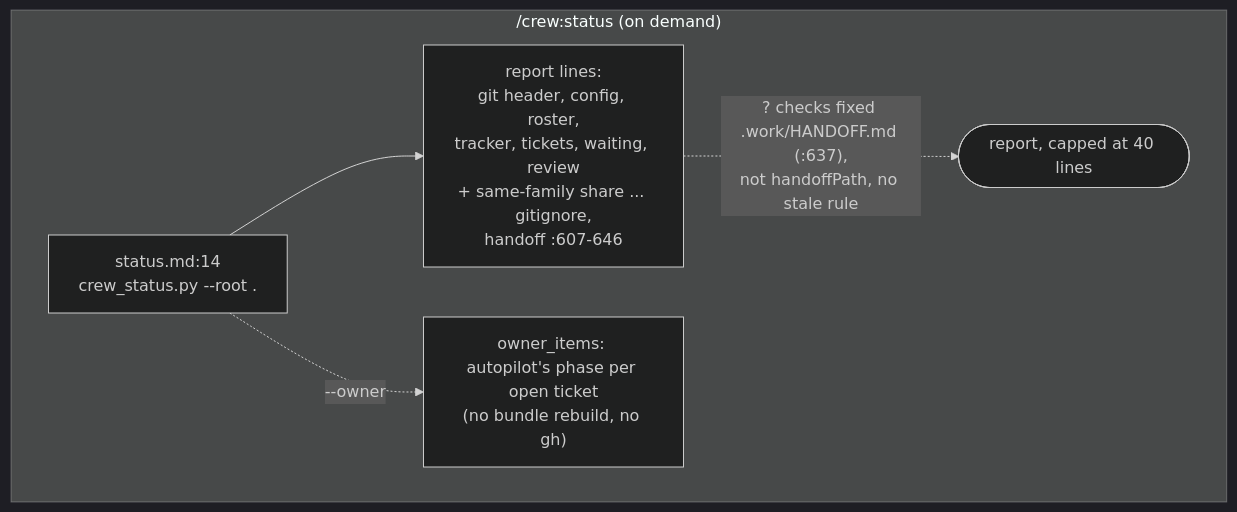
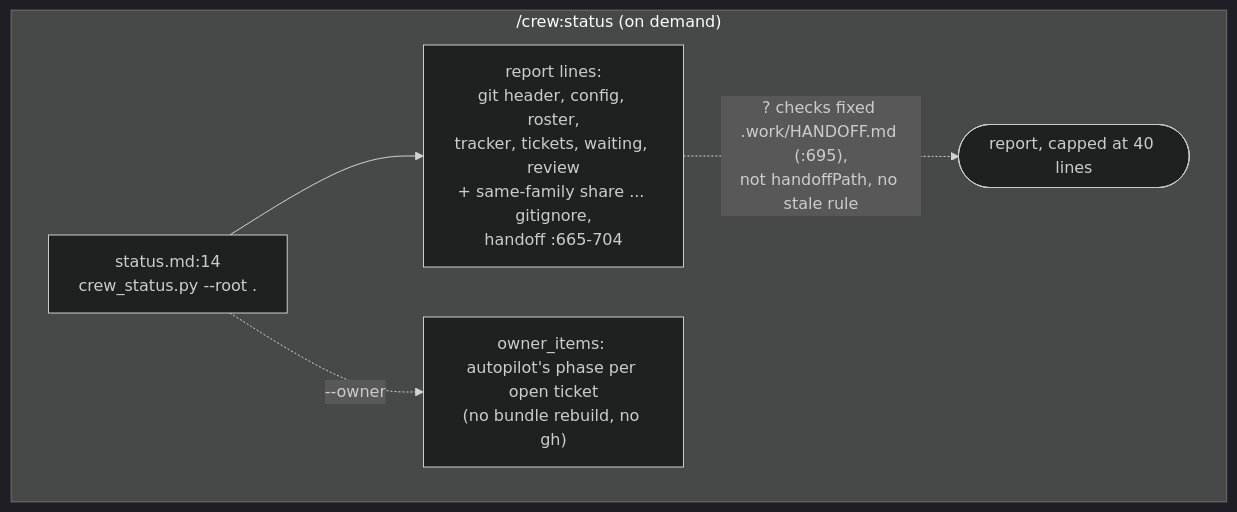
The diagram in docs/diagrams/process-crew-brief-status.mmd (mbadali25/useful-claude-add-ons), drawn with Mermaid (dark theme) before and after one commit. The commit also changed 11 other files, not shown here.

First line of the commit message:
L-0713 follow-up: refresh the diagrams /crew:done named stale

```diff
--- a/docs/diagrams/process-crew-brief-status.mmd
+++ b/docs/diagrams/process-crew-brief-status.mmd
@@ -1,27 +1,33 @@
-%% Generated from useful-claude-add-ons@e6c5ae24 on 2026-10-04, re-anchored on L-0712-cross-family-fallback 2026-10-08 (L-0712). Verify before trusting.
+%% Generated from useful-claude-add-ons@f9ed7ddd on 2026-10-04, re-anchored 2026-10-09 (L-0713 follow-up refresh). Verify before trusting.
 %% Anchors: plugin/crew/commands/status.md, plugin/crew/hooks/scripts/crew_status.py, plugin/crew/hooks/scripts/crew_tracker.py, plugin/crew/hooks/scripts/crew_autopilot_owner.py
 %% Purpose: What /crew:status reads when run on demand, and the one place it differs from the SessionStart hooks: it checks a fixed handoff path and applies no stale rule.
 %% Part of process-crew-brief.mmd (the overview, which keeps the re-anchoring history).
 %% Re-anchored a54ca704 -> 5cdfb775 (T-0039): crew_status.py gained the `gitignore` line after codemap
 %%    (crew_gitignore.summary, read-only); collect() moved :211-240 -> :224-254 and the HANDOFF check
 %%    :231 -> :245 (re-read with grep -n). status.md:14 holds.
 %% Re-anchored for L-0551 / L-0687: collect() is now crew_status.py:514-550, the HANDOFF check :541;
 %%    the `waiting` line (:528) is crew_autopilot_owner.owner_items, autopilot's own phase read
 %%    (policy=False, deep=False: no bundle rebuild, no gh), and `--owner` lists it (owner_lines).
 %% Re-anchored 5cdfb775 -> e6c5ae24 (L-0712): _review_lines (:172) reads EVERY ledger for the
 %%    same-family share and prints `review   same-family: N of M completed rounds (P%)` after the
 %%    newest three ledgers' lines; same_family_round decides a row. collect() is now :607-646, the
 %%    waiting line :621, the review lines :622, the HANDOFF check :637 (re-read with grep -n).
-%% /crew:status: commands/status.md:14 -> crew_status.py; :607-646 report lines.
-%% /crew:status checks the fixed path .work/HANDOFF.md (crew_status.py:637),
+%% Re-anchored e6c5ae24 -> f9ed7ddd (L-0713 follow-up refresh): L-0713 gave crew_status.py _is_0_20_setup
+%%    (:148), so the config line asks for /crew:migrate only for a 0.20 setup and says could-not-tell
+%%    otherwise; status.md's config row and its `run /crew:migrate` note say the same. Everything below
+%%    moved +58: _review_lines :172 -> :230, collect() :607-646 -> :665-704, the waiting line :621 -> :679,
+%%    the review lines :622 -> :680, the HANDOFF check :637 -> :695 (re-read with grep -n). The tracker
+%%    cite is crew_tracker.resolve :267 (it read :67 before). status.md:14 holds. No node or edge changed.
+%% /crew:status: commands/status.md:14 -> crew_status.py; :665-704 report lines.
+%% /crew:status checks the fixed path .work/HANDOFF.md (crew_status.py:695),
 %% not context.handoffPath, and does not apply the stale rule.
-%% Note st2: git header, config file, roster, tracker (crew_tracker.resolve, :67), tickets,
+%% Note st2: git header, config file, roster, tracker (crew_tracker.resolve, :267), tickets,
 %%    waiting (crew_autopilot_owner.owner_items, L-0551), review ledgers and the same-family share
 %%    (L-0712), verify, shell (Windows only, T-0040), codemap freshness, gitignore (T-0039), metrics,
-%%    handoff, interrupted migrate :607-646
+%%    handoff, interrupted migrate :665-704
 flowchart TB
     subgraph status["/crew:status (on demand)"]
-        st1["status.md:14<br/>crew_status.py --root ."] --> st2["report lines:<br/>git header, config, roster,<br/>tracker, tickets, waiting, review<br/>+ same-family share ... gitignore,<br/>handoff :607-646"]
-        st2 -. "? checks fixed .work/HANDOFF.md (:637),<br/>not handoffPath, no stale rule" .-> st3([report, capped at 40 lines])
+        st1["status.md:14<br/>crew_status.py --root ."] --> st2["report lines:<br/>git header, config, roster,<br/>tracker, tickets, waiting, review<br/>+ same-family share ... gitignore,<br/>handoff :665-704"]
+        st2 -. "? checks fixed .work/HANDOFF.md (:695),<br/>not handoffPath, no stale rule" .-> st3([report, capped at 40 lines])
         st1 -. "--owner" .-> st4["owner_items: autopilot's phase per open ticket<br/>(no bundle rebuild, no gh)"]
     end
```
